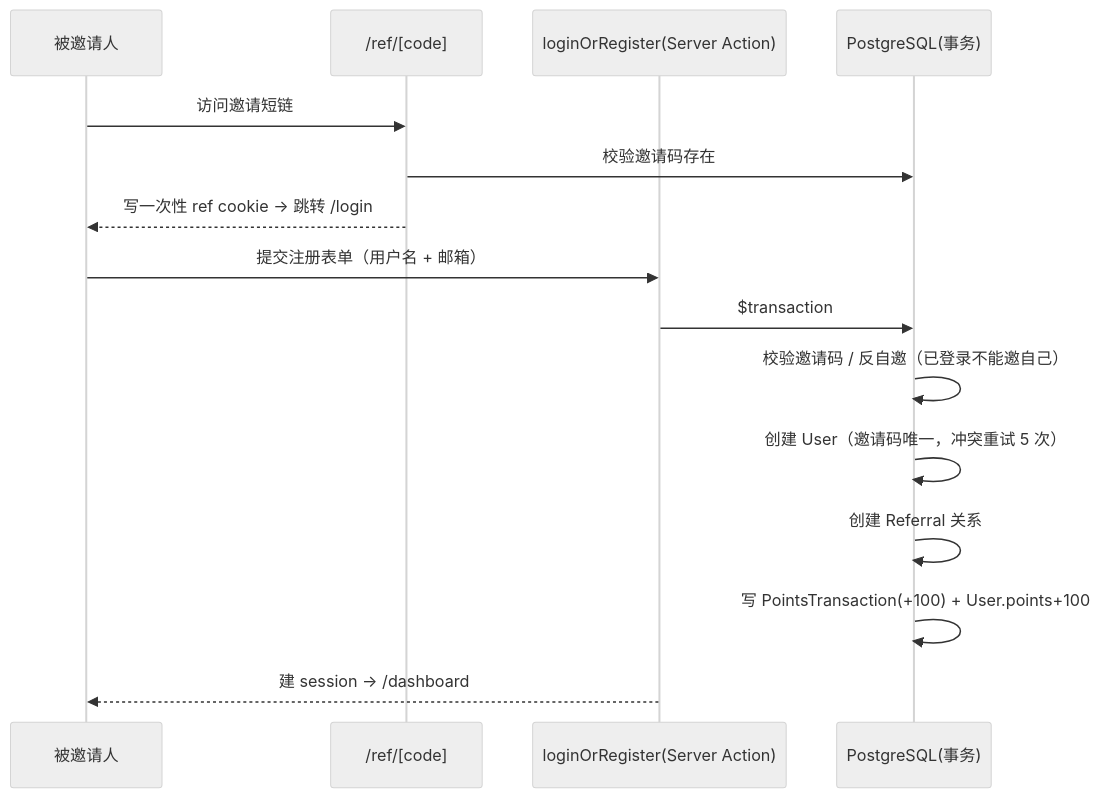
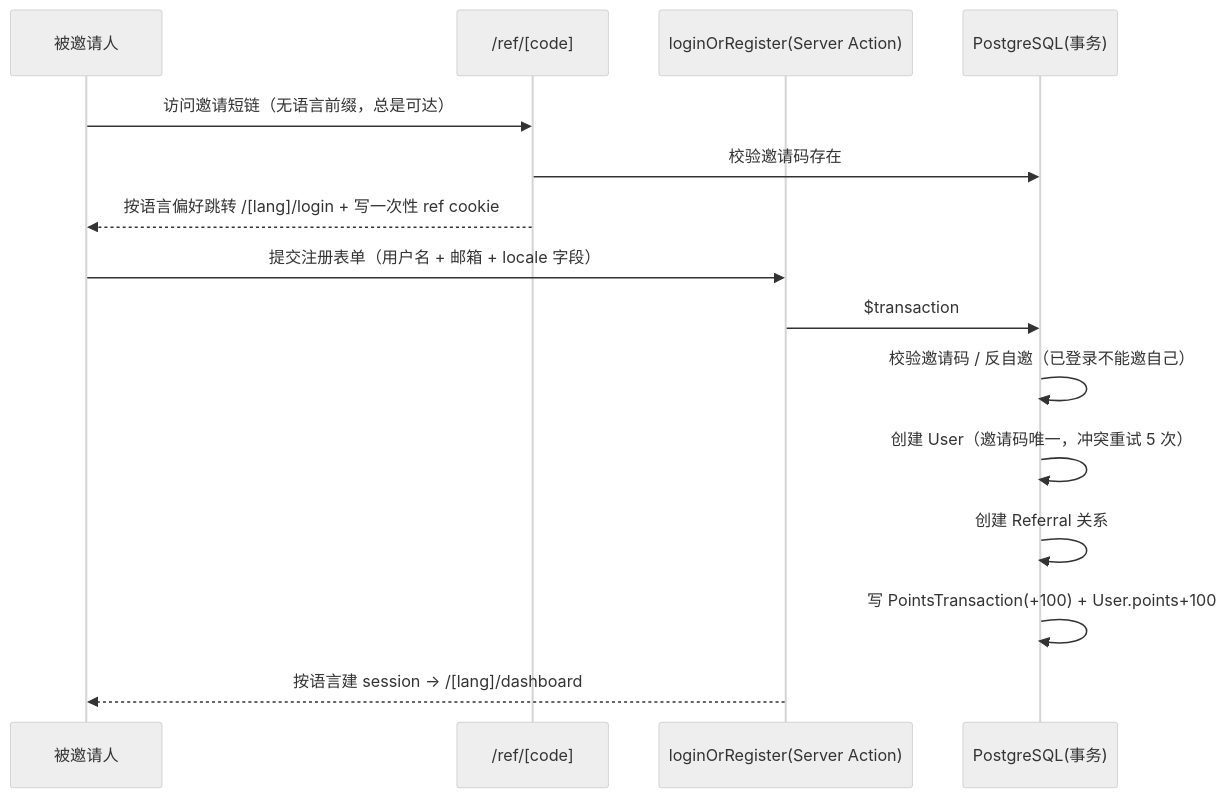
Before and after one commit to yunkst/test: the diagram in README.md, drawn with Mermaid (neutral theme). The commit also changed other lines of this file and 3 other files, not shown here.

````diff
--- a/README.md
+++ b/README.md
@@ -78,18 +101,18 @@
 ```mermaid
 sequenceDiagram
     participant R as 被邀请人
     participant Ref as /ref/[code]
     participant A as loginOrRegister(Server Action)
     participant DB as PostgreSQL(事务)
 
-    R->>Ref: 访问邀请短链
+    R->>Ref: 访问邀请短链（无语言前缀，总是可达）
     Ref->>DB: 校验邀请码存在
-    Ref-->>R: 写一次性 ref cookie → 跳转 /login
-    R->>A: 提交注册表单（用户名 + 邮箱）
+    Ref-->>R: 按语言偏好跳转 /[lang]/login + 写一次性 ref cookie
+    R->>A: 提交注册表单（用户名 + 邮箱 + locale 字段）
     A->>DB: $transaction
     DB->>DB: 校验邀请码 / 反自邀（已登录不能邀自己）
     DB->>DB: 创建 User（邀请码唯一，冲突重试 5 次）
     DB->>DB: 创建 Referral 关系
     DB->>DB: 写 PointsTransaction(+100) + User.points+100
-    A-->>R: 建 session → /dashboard
+    A-->>R: 按语言建 session → /[lang]/dashboard
 ```
````
